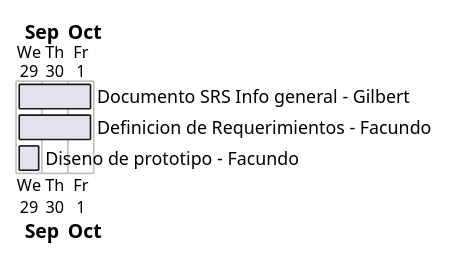
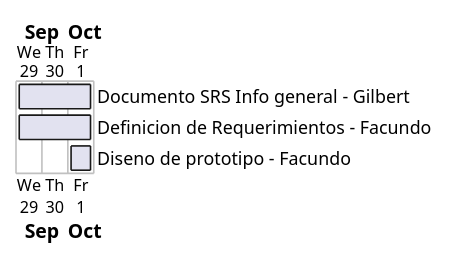
One commit to facund015/codeRelatedObsidianNotes changed the diagram in Diagramas.md. Above: the diagram before and after it, drawn with PlantUML. The commit also changed 1 other file, not shown here.

Commit message:
vault backup: 2021-10-01 09:29:51

````diff
--- a/Diagramas.md
+++ b/Diagramas.md
@@ -1,15 +1,15 @@
 ```plantuml
 
 @startgantt
 Project starts 2021-09-29
 
 [Documento SRS Info general - Gilbert] lasts 3 day and starts 2021-09-29
 [Definicion de Requerimientos - Facundo] lasts 3 day and starts 2021-09-29
-[Diseno de prototipo - Facundo] lasts 1 days and starts 2021-09-1
+[Diseno de prototipo - Facundo] lasts 1 days and starts 2021-10-1
 
 
 @endgantt
 
 
 
 ```
````
